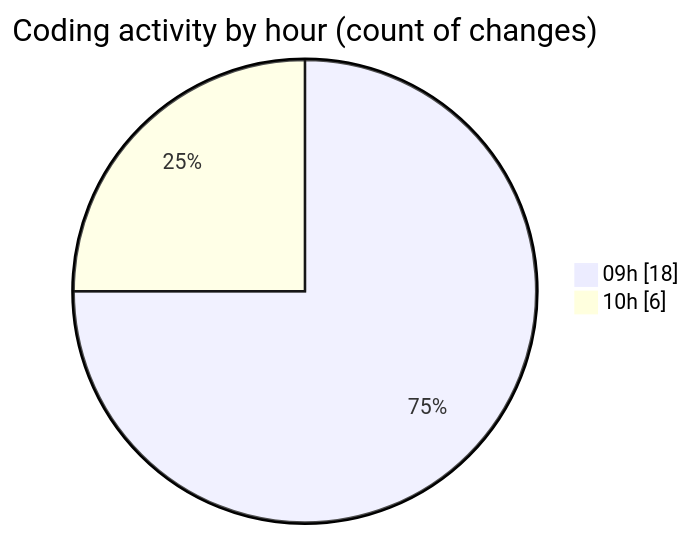
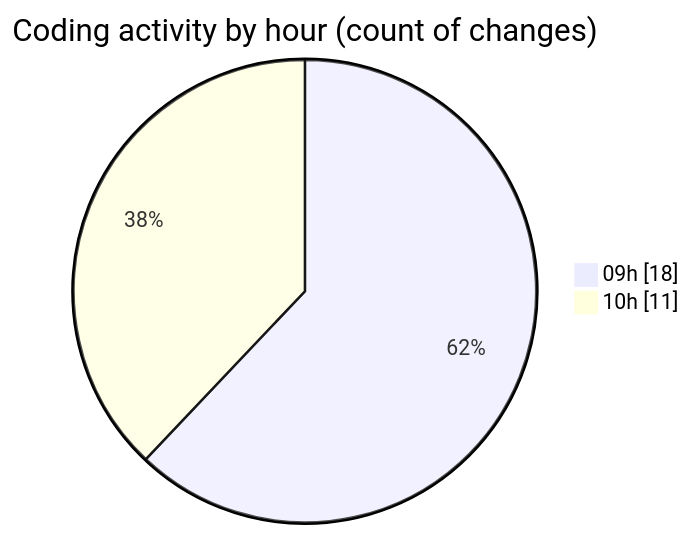
Before and after one commit to momahboobian/code-tracking: the second of 2 diagrams in 2025-02-11/cda/README.md, drawn with Mermaid. The commit also changed other lines of this file and 1 other file, not shown here.

````diff
--- a/2025-02-11/cda/README.md
+++ b/2025-02-11/cda/README.md
@@ -28,6 +30,6 @@
 ```mermaid
 pie showData
 title Coding activity by hour (count of changes)
 "09h" : 18
-"10h" : 6
+"10h" : 11
 ```
````
